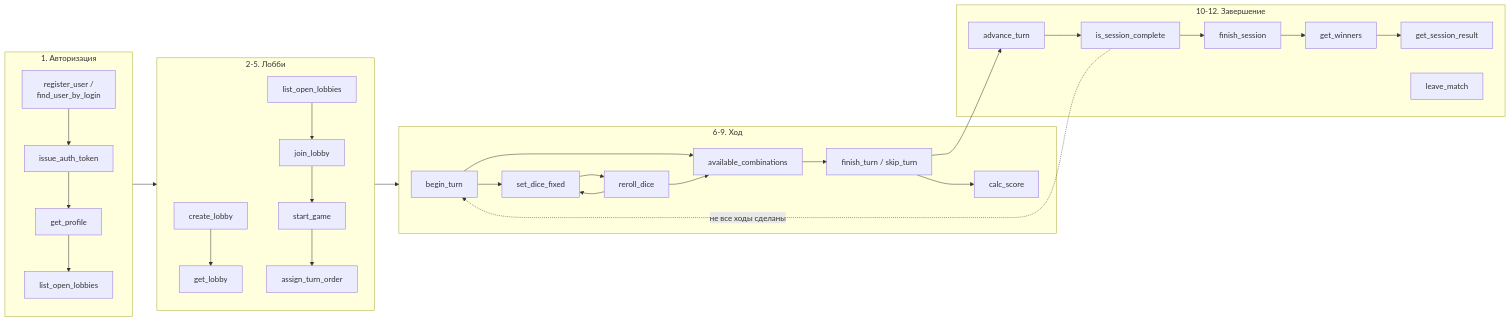
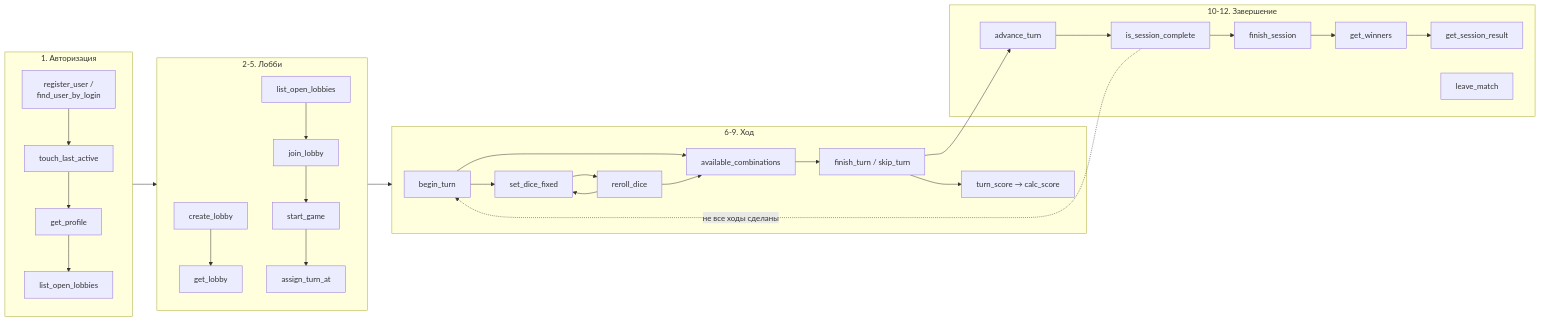
One commit to seventwogth/databases-itmo changed the third of 3 diagrams in docs/sql-functions.md. Above: the diagram before and after it, drawn with Mermaid. The commit also changed other lines of this file and 2 other files, not shown here.

First line of the commit message:
docs: align SQL functions with real DB schema, add game rules

````diff
--- a/docs/sql-functions.md
+++ b/docs/sql-functions.md
@@ -181,38 +175,38 @@
 ```mermaid
 flowchart LR
     subgraph auth["1. Авторизация"]
-        A1["register_user /<br/>find_user_by_login"] --> A2["issue_auth_token"]
+        A1["register_user /<br/>find_user_by_login"] --> A2["touch_last_active"]
         A2 --> A3["get_profile"]
         A3 --> A4["list_open_lobbies"]
     end
 
     subgraph lobby["2-5. Лобби"]
         L1["create_lobby"] --> L2["get_lobby"]
         L3["list_open_lobbies"] --> L4["join_lobby"]
         L4 --> L5["start_game"]
-        L5 --> L6["assign_turn_order"]
+        L5 --> L6["assign_turn_at"]
     end
 
     subgraph turn["6-9. Ход"]
         T1["begin_turn"] --> T2["set_dice_fixed"]
         T2 --> T3["reroll_dice"]
         T3 --> T2
         T1 --> T4["available_combinations"]
         T3 --> T4
         T4 --> T5["finish_turn / skip_turn"]
-        T5 --> T6["calc_score"]
+        T5 --> T6["turn_score → calc_score"]
     end
 
     subgraph fin["10-12. Завершение"]
         F1["advance_turn"] --> F2["is_session_complete"]
         F2 --> F3["finish_session"]
         F3 --> F4["get_winners"]
         F4 --> F5["get_session_result"]
         F6["leave_match"]
     end
 
     auth --> lobby
     lobby --> turn
     T5 --> F1
     F2 -. "не все ходы сделаны" .-> T1
 ```
````
